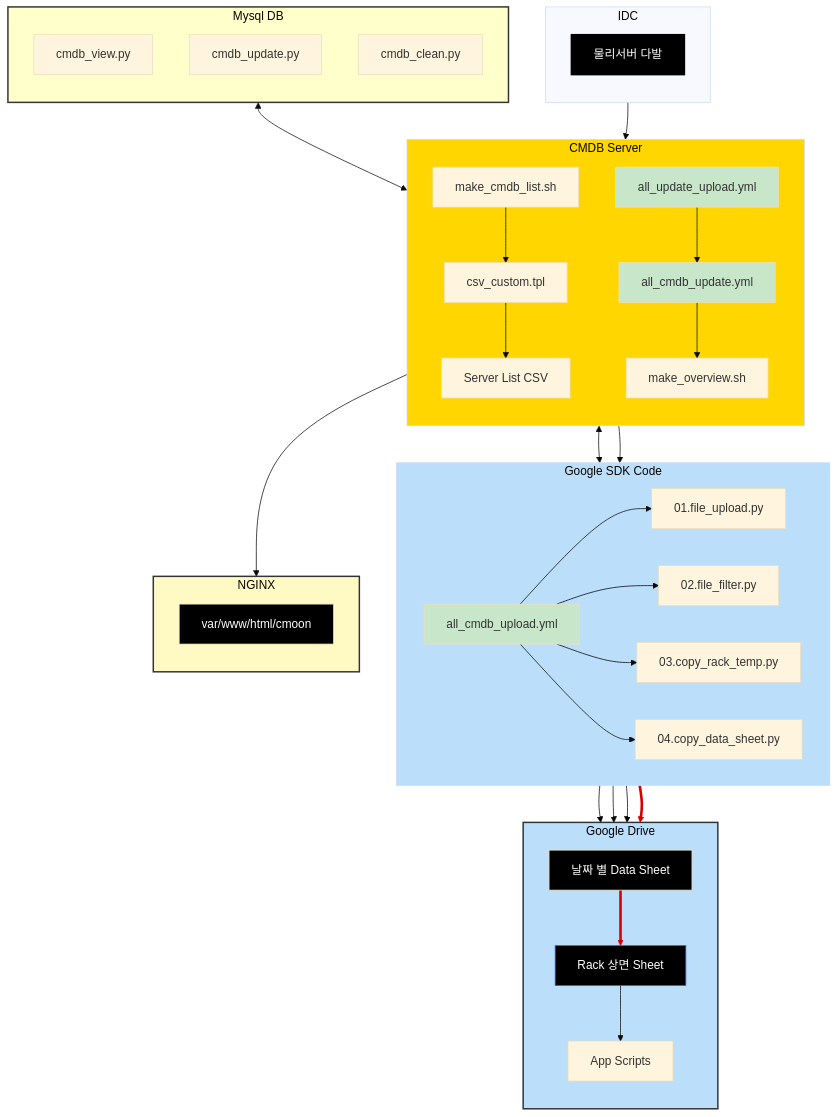
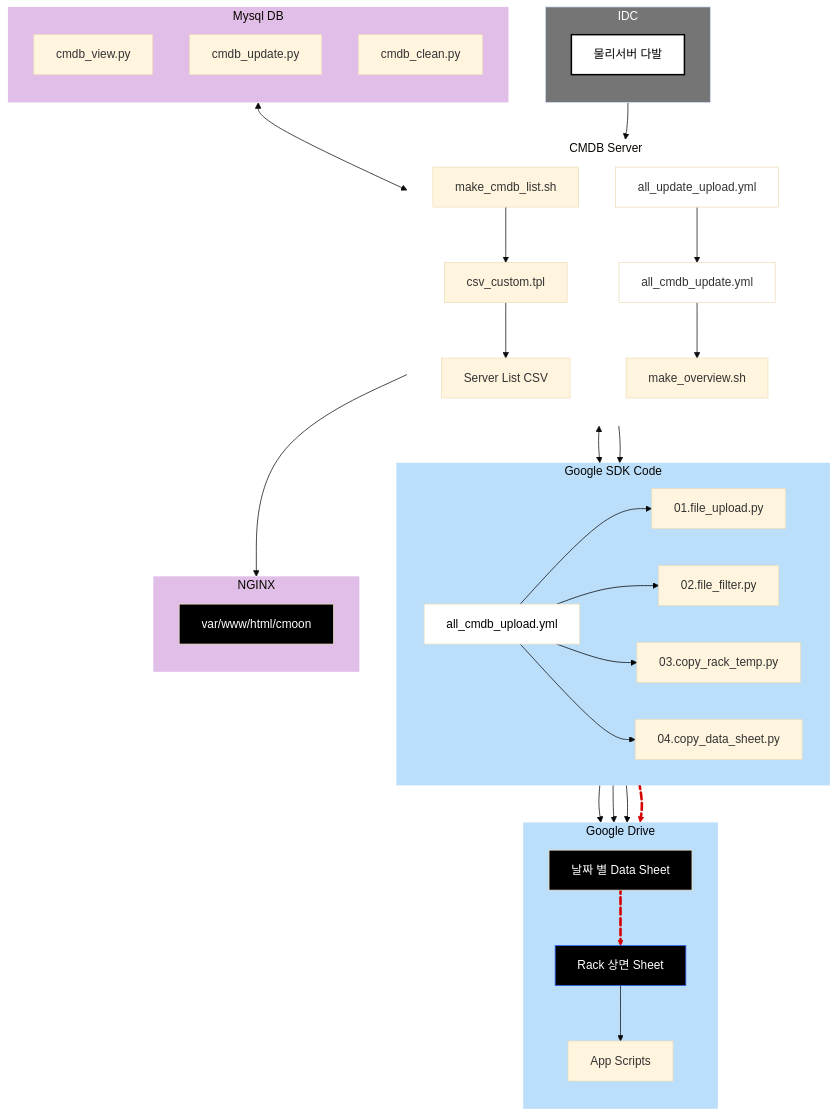
Before and after one commit to Luminous-Flame/blog: the diagram in content/03.Dev/C-Moon/01. 구성 요소.md, drawn with Mermaid (base theme).

Commit message:
Update content content/03.Dev/C-Moon/01. 구성 요소.md

````diff
--- a/content/03.Dev/C-Moon/01. 구성 요소.md
+++ b/content/03.Dev/C-Moon/01. 구성 요소.md
@@ -107,9 +107,9 @@
 
 n8 --> n2
 
-n9 ==> UP2
+n9 L_n9_UP2_0@==> UP2
 
-UP2 ==> n2
+UP2 L_UP2_n2_0@==> n2
 
 n2 --> n3
 
@@ -125,13 +125,13 @@
 
   
 
-style IS1 fill:#000000,stroke:#000000,stroke-width:2px,color:#FFFFFF
+style IS1 fill:#FFFFFF,stroke:#000000,stroke-width:2px,color:#000000
 
-style n13 fill:#C8E6C9
+style n13 fill:#FFFFFF
 
-style n17 fill:#C8E6C9
+style n17 fill:#FFFFFF
 
-style UP1 fill:#C8E6C9
+style UP1 fill:#FFFFFF,color:#000000
 
 style UP2 color:#FFFFFF,fill:#000000
 
@@ -139,15 +139,17 @@
 
 style VIEW2 fill:#000000,color:#FFFFFF
 
-style CMDB_View fill:#FFF9C4,stroke:#333,stroke-width:2px
+style CMDB_View fill:#E1BEE7,stroke:none,stroke-width:2px
 
-style CMDB_Update fill:#ffc,stroke:#333,stroke-width:2px
+style CMDB_Update fill:#E1BEE7,stroke:none,stroke-width:2px
 
-style s2 fill:#FFD600
+style s2 fill:#FFFFFF,stroke:none
 
-style CMDB_Upload fill:#BBDEFB,stroke:#333,stroke-width:2px,color:#000000
+style IDC_Server fill:#757575,color:#FFFFFF
 
-style s1 fill:#BBDEFB
+style CMDB_Upload fill:#BBDEFB,stroke:none,stroke-width:2px,color:#000000
+
+style s1 fill:#BBDEFB,stroke:none
 
 click CMDB1 "https://github.com/Luminous-Flame/C-Moon/blob/main/scripts/make_cmdb_list.sh"
 
@@ -188,4 +190,10 @@
 linkStyle 10 stroke:#D50000,fill:none
 
 linkStyle 11 stroke:#D50000,fill:none
+
+  
+
+L_n9_UP2_0@{ animation: fast }
+
+L_UP2_n2_0@{ animation: fast }
 ```
````
